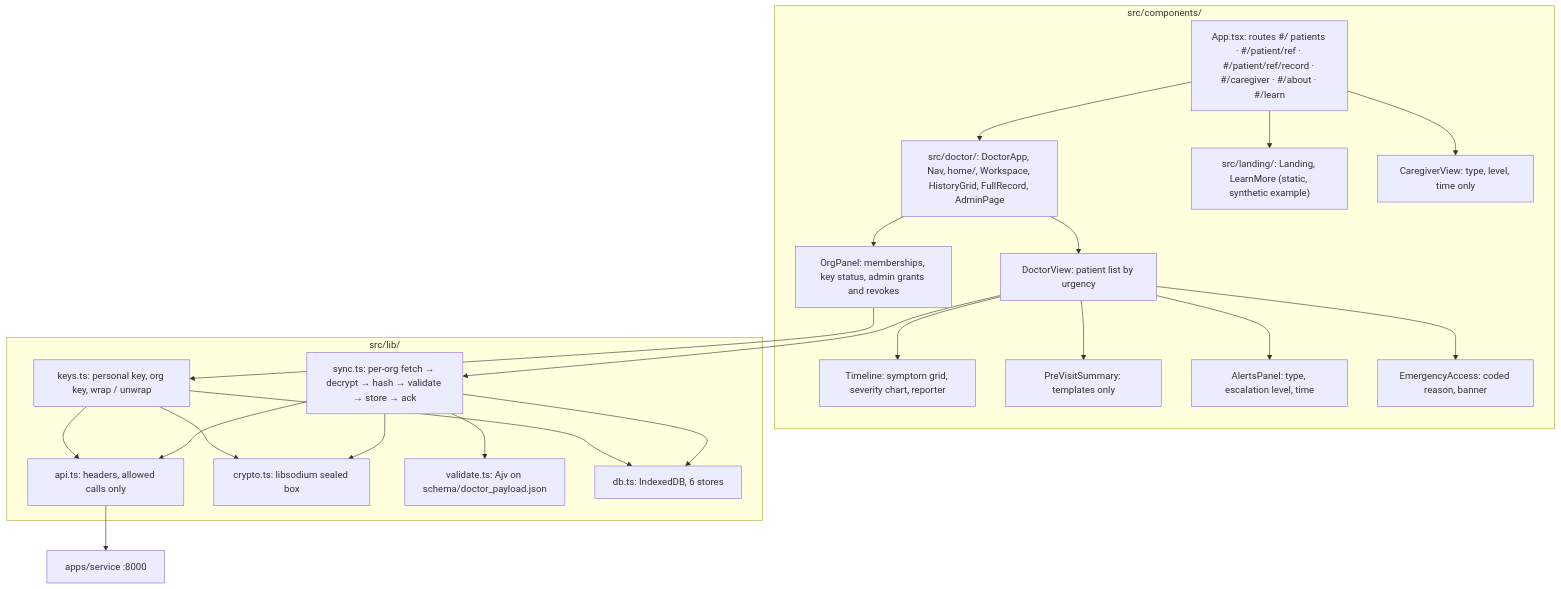
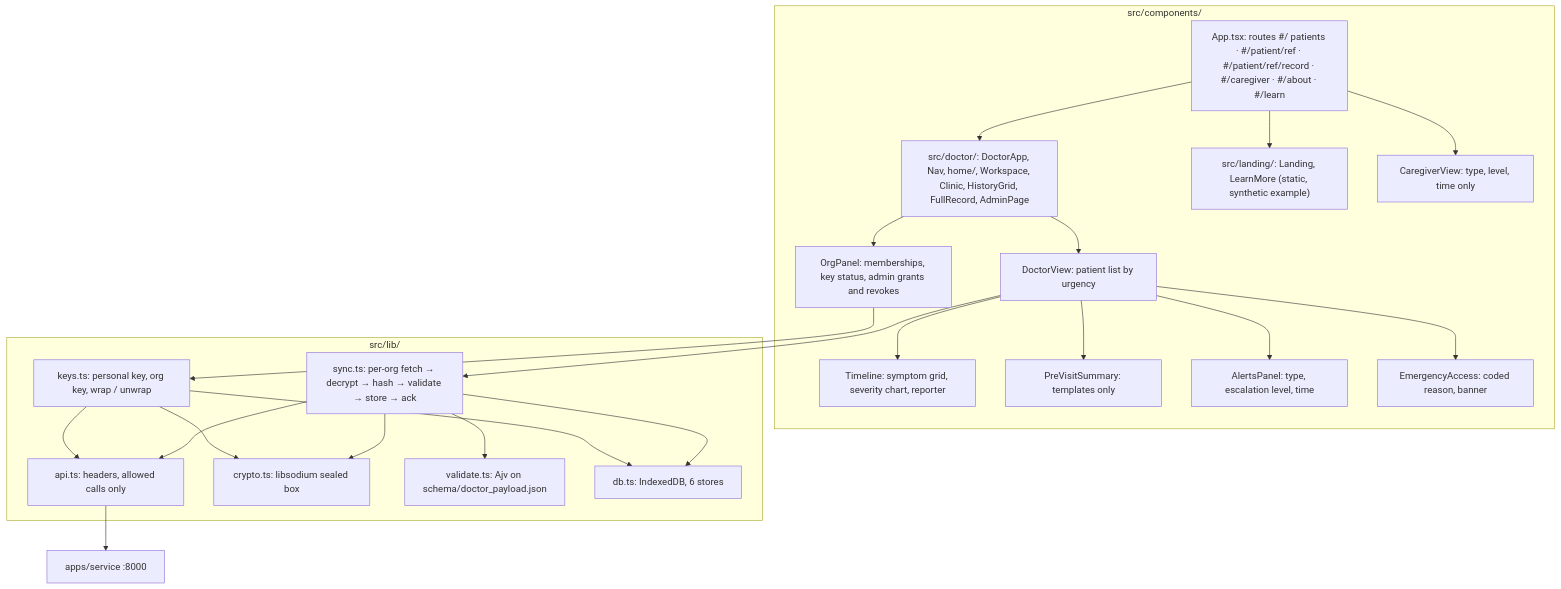
Before and after one commit to Poornimatagaram/SafeSignal: the fourth of 4 diagrams in apps/doctor-web/ARCHITECTURE.md, drawn with Mermaid. The commit also changed 9 other files, not shown here.

First line of the commit message:
feat(doctor-web): add a compact Clinic view for daily use (#35)

````diff
--- a/apps/doctor-web/ARCHITECTURE.md
+++ b/apps/doctor-web/ARCHITECTURE.md
@@ -81,30 +81,30 @@
 ```mermaid
 flowchart TB
   subgraph UI["src/components/"]
     APP["App.tsx: routes #/ patients · #/patient/ref · #/patient/ref/record · #/caregiver · #/about · #/learn"]
-    DOC["src/doctor/: DoctorApp, Nav, home/, Workspace, HistoryGrid, FullRecord, AdminPage"]
+    DOC["src/doctor/: DoctorApp, Nav, home/, Workspace, Clinic, HistoryGrid, FullRecord, AdminPage"]
     LAND["src/landing/: Landing, LearnMore (static, synthetic example)"]
     ORG["OrgPanel: memberships, key status, admin grants and revokes"]
     DVIEW["DoctorView: patient list by urgency"]
     TL["Timeline: symptom grid, severity chart, reporter"]
     SUM["PreVisitSummary: templates only"]
     AL["AlertsPanel: type, escalation level, time"]
     EM["EmergencyAccess: coded reason, banner"]
     CGV["CaregiverView: type, level, time only"]
   end
   subgraph LIB["src/lib/"]
     KEYS["keys.ts: personal key, org key, wrap / unwrap"]
     SYNC["sync.ts: per-org fetch → decrypt → hash → validate → store → ack"]
     API["api.ts: headers, allowed calls only"]
     CRY["crypto.ts: libsodium sealed box"]
     VAL["validate.ts: Ajv on schema/doctor_payload.json"]
     DB["db.ts: IndexedDB, 6 stores"]
   end
   APP --> DOC & LAND & CGV
   DOC --> ORG & DVIEW
   DVIEW --> TL & SUM & AL & EM
   ORG --> KEYS
   DVIEW --> SYNC --> API & CRY & VAL & DB
   KEYS --> API & CRY & DB
   API --> SVC["apps/service :8000"]
 ```
````
